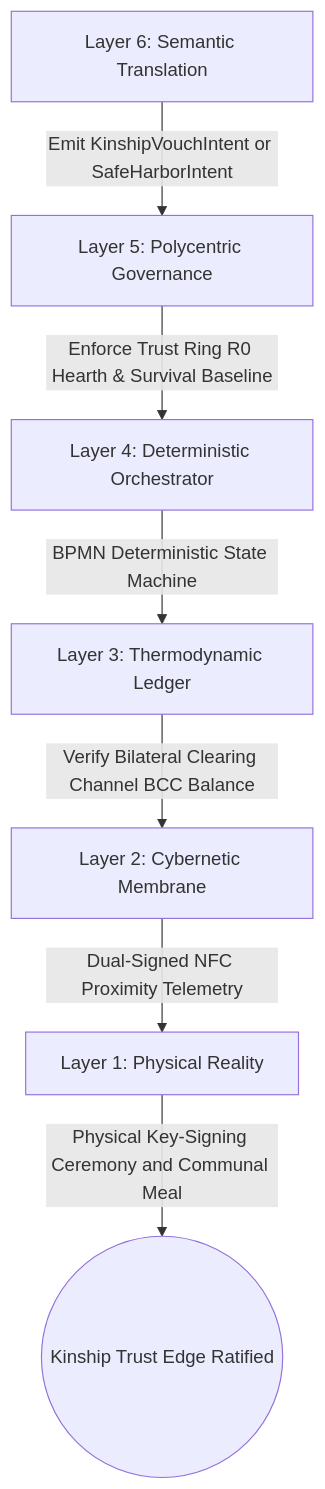
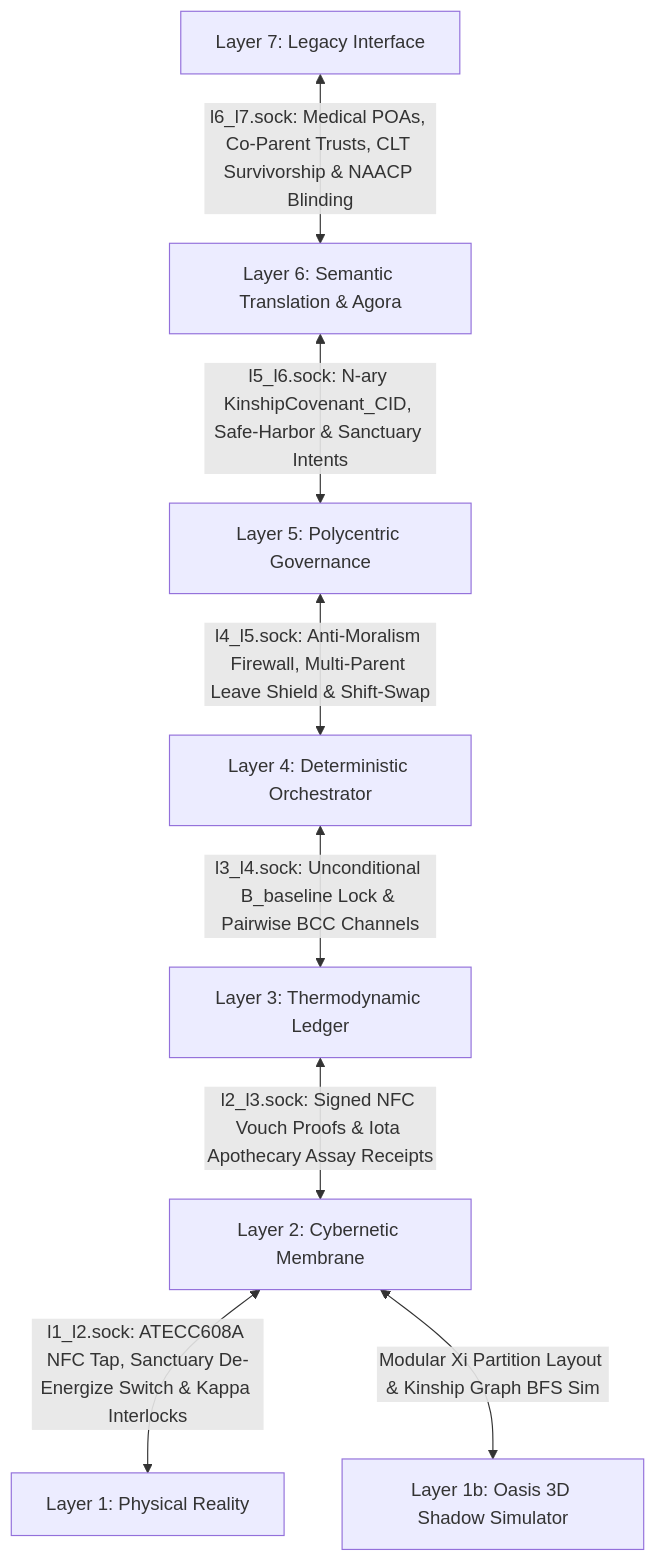
The second of 3 diagrams in docs/scenarios/omicron_kinship.md (raffaine/collective), drawn with Mermaid before and after one commit. The commit also changed other lines of this file and 33 other files, not shown here.

````diff
--- a/docs/scenarios/omicron_kinship.md
+++ b/docs/scenarios/omicron_kinship.md
@@ -43,9 +103,10 @@
 ```mermaid
 graph TD
-    L6[Layer 6: Semantic Translation] -->|Emit KinshipVouchIntent or SafeHarborIntent| L5[Layer 5: Polycentric Governance]
-    L5 -->|Enforce Trust Ring R0 Hearth & Survival Baseline| L4[Layer 4: Deterministic Orchestrator]
-    L4 -->|BPMN Deterministic State Machine| L3[Layer 3: Thermodynamic Ledger]
-    L3 -->|Verify Bilateral Clearing Channel BCC Balance| L2[Layer 2: Cybernetic Membrane]
-    L2 -->|Dual-Signed NFC Proximity Telemetry| L1[Layer 1: Physical Reality]
-    L1 -->|Physical Key-Signing Ceremony and Communal Meal| End((Kinship Trust Edge Ratified))
+    L7[Layer 7: Legacy Interface] <-->|l6_l7.sock: Medical POAs, Co-Parent Trusts, CLT Survivorship & NAACP Blinding| L6[Layer 6: Semantic Translation & Agora]
+    L6 <-->|l5_l6.sock: N-ary KinshipCovenant_CID, Safe-Harbor & Sanctuary Intents| L5[Layer 5: Polycentric Governance]
+    L5 <-->|l4_l5.sock: Anti-Moralism Firewall, Multi-Parent Leave Shield & Shift-Swap| L4[Layer 4: Deterministic Orchestrator]
+    L4 <-->|l3_l4.sock: Unconditional B_baseline Lock & Pairwise BCC Channels| L3[Layer 3: Thermodynamic Ledger]
+    L3 <-->|l2_l3.sock: Signed NFC Vouch Proofs & Iota Apothecary Assay Receipts| L2[Layer 2: Cybernetic Membrane]
+    L2 <-->|l1_l2.sock: ATECC608A NFC Tap, Sanctuary De-Energize Switch & Kappa Interlocks| L1[Layer 1: Physical Reality]
+    L2 <-->|Modular Xi Partition Layout & Kinship Graph BFS Sim| L1b[Layer 1b: Oasis 3D Shadow Simulator]
 ```
````
